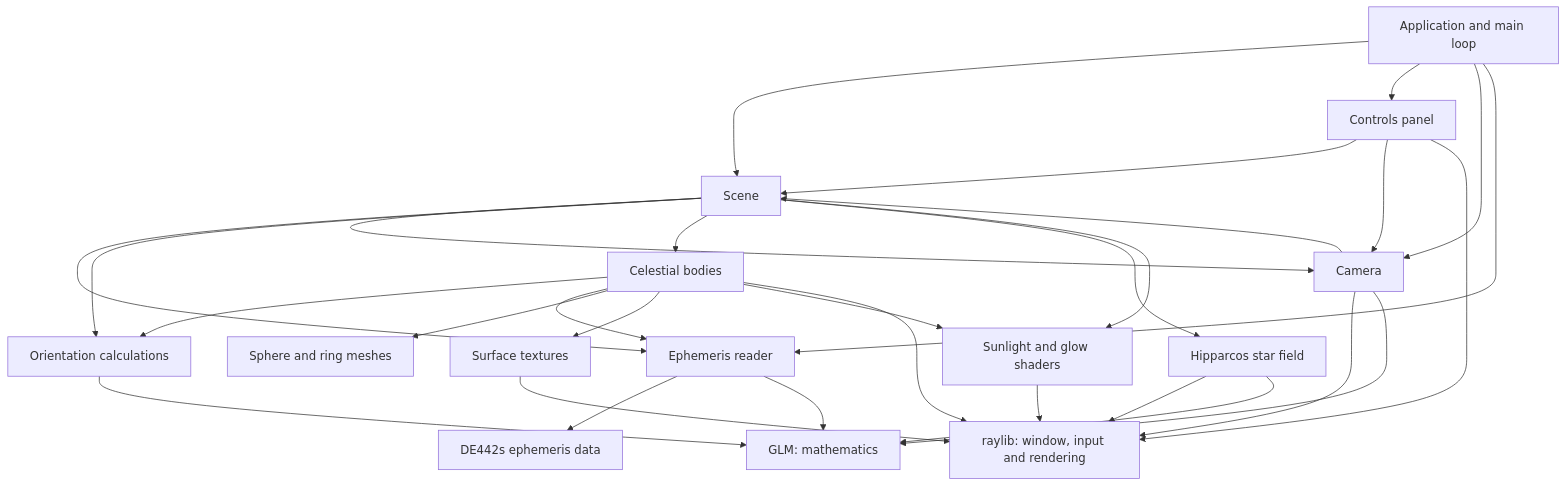
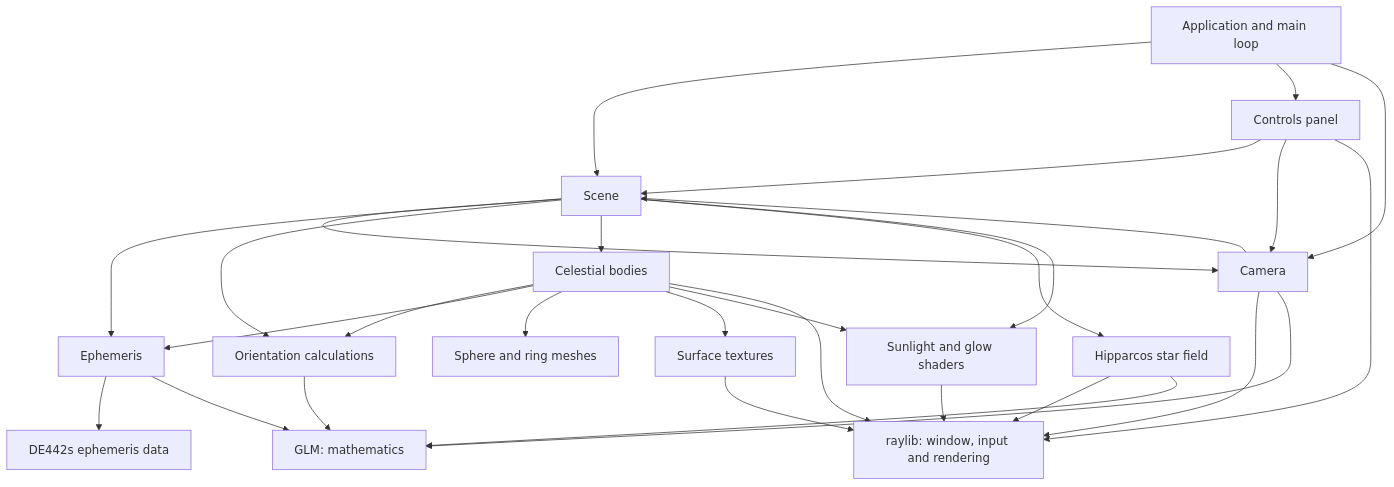
One commit to jrsteele09/solar-system changed the diagram in README.md. Above: the diagram before and after it, drawn with Mermaid. The commit also changed 14 other files, not shown here.

````diff
--- a/README.md
+++ b/README.md
@@ -58,32 +58,31 @@
 ```mermaid
 flowchart TD
     App[Application and main loop] --> Scene
     App --> Controls[Controls panel]
     App --> Camera
-    App --> Ephemeris[Ephemeris reader]
     Controls --> Scene
     Controls --> Camera
     Camera --> Scene
     Scene --> Camera
     Scene --> Ephemeris
     Scene --> Astronomy
     Scene --> Bodies[Celestial bodies]
     Scene --> Stars[Hipparcos star field]
     Scene --> Shaders[Sunlight and glow shaders]
     Bodies --> Astronomy[Orientation calculations]
     Bodies --> Ephemeris
     Ephemeris --> Data[DE442s ephemeris data]
     Bodies --> Meshes[Sphere and ring meshes]
     Bodies --> Textures[Surface textures]
     Bodies --> Shaders[Sunlight and glow shaders]
     Bodies --> Raylib
     Stars --> Raylib
     Camera --> Raylib[raylib: window, input and rendering]
     Controls --> Raylib
     Textures --> Raylib
     Shaders --> Raylib
     Ephemeris --> GLM[GLM: mathematics]
     Astronomy --> GLM[GLM: mathematics]
     Camera --> GLM
     Stars --> GLM
 ```
````
